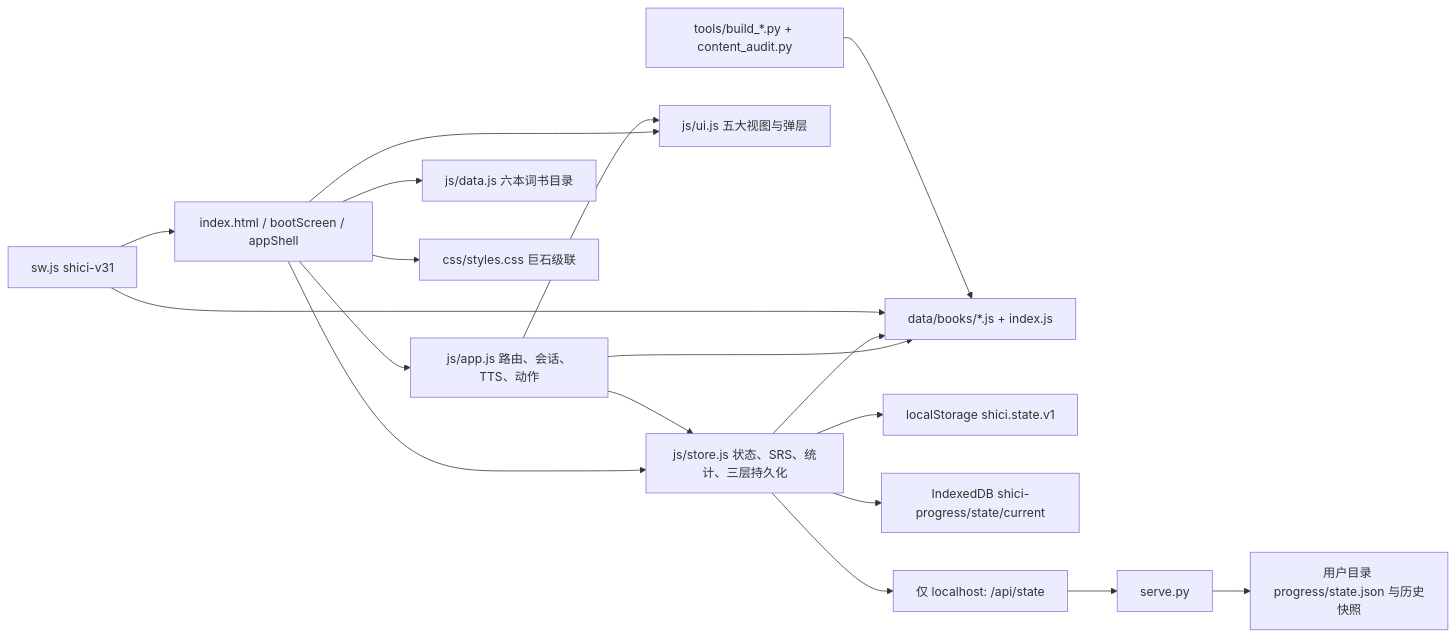
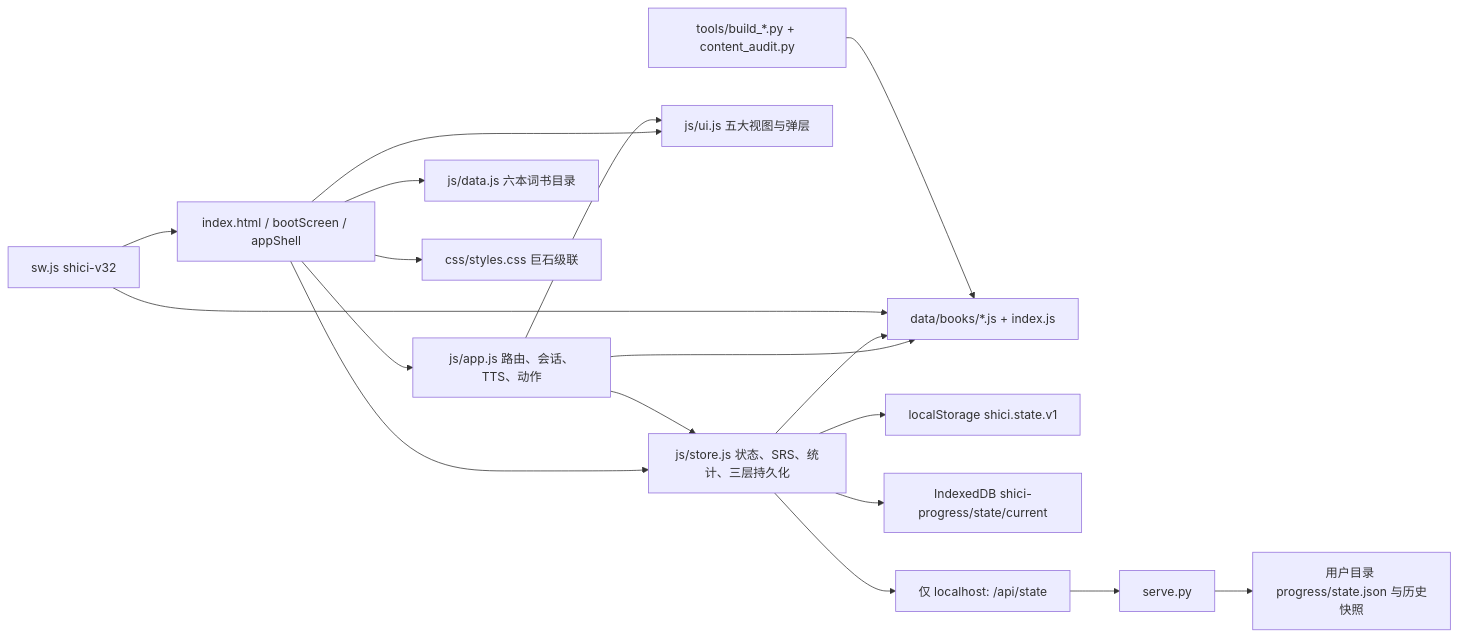
The first of 7 diagrams in docs/system_design.md (weijialiang2023/shici), drawn with Mermaid before and after one commit. The commit also changed other lines of this file and 18 other files, not shown here.

````diff
--- a/docs/system_design.md
+++ b/docs/system_design.md
@@ -11,20 +11,20 @@
 ```mermaid
 flowchart LR
     H[index.html / bootScreen / appShell] --> A[js/app.js 路由、会话、TTS、动作]
     H --> S[js/store.js 状态、SRS、统计、三层持久化]
     H --> U[js/ui.js 五大视图与弹层]
     H --> D[js/data.js 六本词书目录]
     H --> CSS[css/styles.css 巨石级联]
     A --> S
     A --> U
     A --> B[data/books/*.js + index.js]
     S --> B
     S --> L[localStorage shici.state.v1]
     S --> I[IndexedDB shici-progress/state/current]
     S --> API[仅 localhost: /api/state]
     API --> PY[serve.py]
     PY --> P[用户目录 progress/state.json 与历史快照]
-    SW[sw.js shici-v31] --> H
+    SW[sw.js shici-v32] --> H
     SW --> B
     ETL[tools/build_*.py + content_audit.py] --> B
 ```
````
